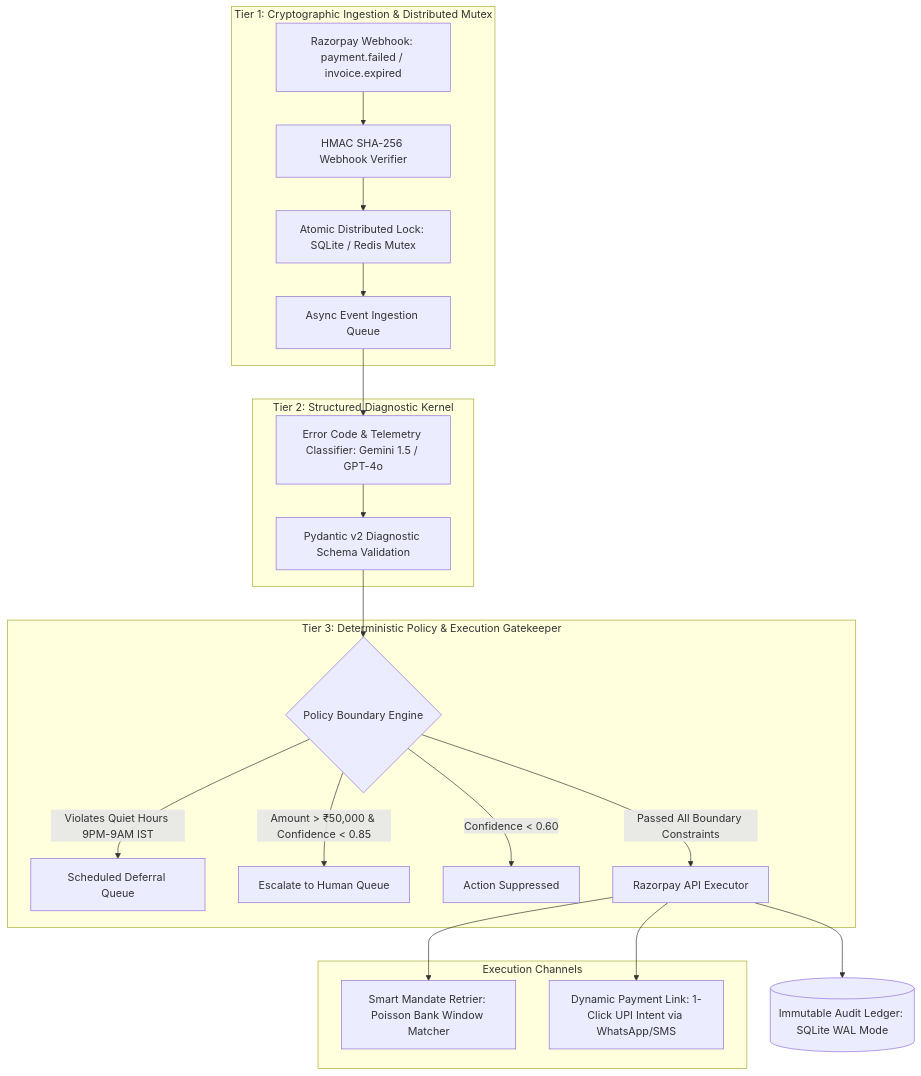
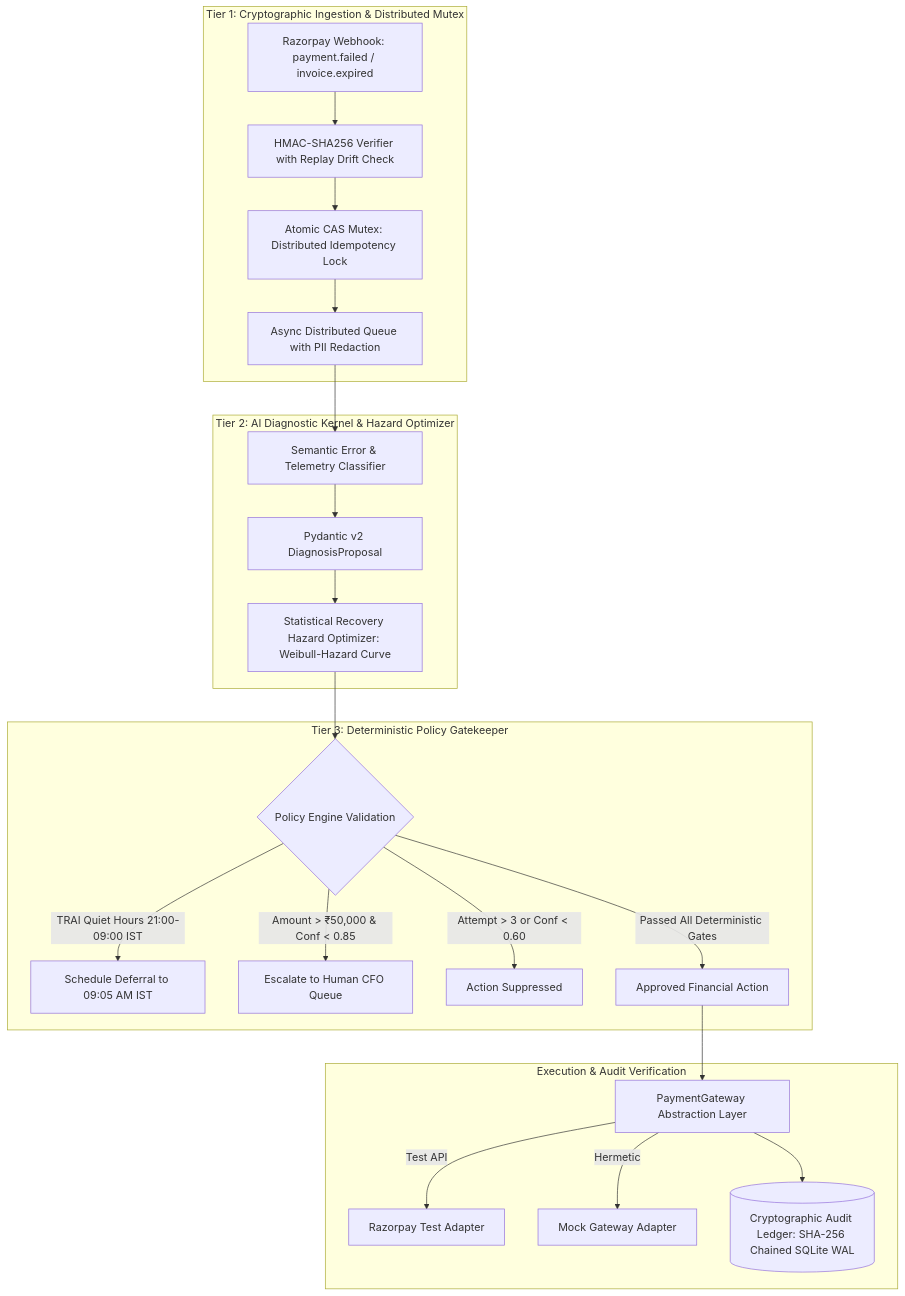
One commit to Samrudh2006/-RazorRevive-OS changed the diagram in README.md. Above: the diagram before and after it, drawn with Mermaid. The commit also changed other lines of this file and 34 other files, not shown here.

Commit message:
Enable interactive navigation for all sidebar tabs with rich panels and live telemetry

````diff
--- a/README.md
+++ b/README.md
@@ -34,28 +39,29 @@
 ```mermaid
 flowchart TD
-    subgraph Tier1 [Tier 1: Cryptographic Ingestion & Distributed Mutex]
-        A[Razorpay Webhook: payment.failed / invoice.expired] --> B[HMAC SHA-256 Webhook Verifier]
-        B --> C[Atomic Distributed Lock: SQLite / Redis Mutex]
-        C --> D[Async Event Ingestion Queue]
+    subgraph Ingestion [Tier 1: Cryptographic Ingestion & Distributed Mutex]
+        A[Razorpay Webhook: payment.failed / invoice.expired] --> B[HMAC-SHA256 Verifier with Replay Drift Check]
+        B --> C[Atomic CAS Mutex: Distributed Idempotency Lock]
+        C --> D[Async Distributed Queue with PII Redaction]
     end
 
-    subgraph Tier2 [Tier 2: Structured Diagnostic Kernel]
-        D --> E[Error Code & Telemetry Classifier: Gemini 1.5 / GPT-4o]
-        E --> F[Pydantic v2 Diagnostic Schema Validation]
+    subgraph AI_Diagnosis [Tier 2: AI Diagnostic Kernel & Hazard Optimizer]
+        D --> E[Semantic Error & Telemetry Classifier]
+        E --> F[Pydantic v2 DiagnosisProposal]
+        F --> G[Statistical Recovery Hazard Optimizer: Weibull-Hazard Curve]
     end
 
-    subgraph Tier3 [Tier 3: Deterministic Policy & Execution Gatekeeper]
-        F --> G{Policy Boundary Engine}
-        G -->|Violates Quiet Hours 9PM-9AM IST| H[Scheduled Deferral Queue]
-        G -->|Amount > ₹50,000 & Confidence < 0.85| I[Escalate to Human Queue]
-        G -->|Confidence < 0.60| J[Action Suppressed]
-        G -->|Passed All Boundary Constraints| K[Razorpay API Executor]
+    subgraph Policy_Gate [Tier 3: Deterministic Policy Gatekeeper]
+        G --> H{Policy Engine Validation}
+        H -->|TRAI Quiet Hours 21:00-09:00 IST| I[Schedule Deferral to 09:05 AM IST]
+        H -->|Amount > ₹50,000 & Conf < 0.85| J[Escalate to Human CFO Queue]
+        H -->|Attempt > 3 or Conf < 0.60| K[Action Suppressed]
+        H -->|Passed All Deterministic Gates| L[Approved Financial Action]
     end
 
-    subgraph ExecutionChannels [Execution Channels]
-        K --> L[Smart Mandate Retrier: Poisson Bank Window Matcher]
-        K --> M[Dynamic Payment Link: 1-Click UPI Intent via WhatsApp/SMS]
+    subgraph Execution [Execution & Audit Verification]
+        L --> M[PaymentGateway Abstraction Layer]
+        M -->|Test API| N[Razorpay Test Adapter]
+        M -->|Hermetic| O[Mock Gateway Adapter]
+        M --> P[(Cryptographic Audit Ledger: SHA-256 Chained SQLite WAL)]
     end
-
-    K --> N[(Immutable Audit Ledger: SQLite WAL Mode)]
 ```
````
